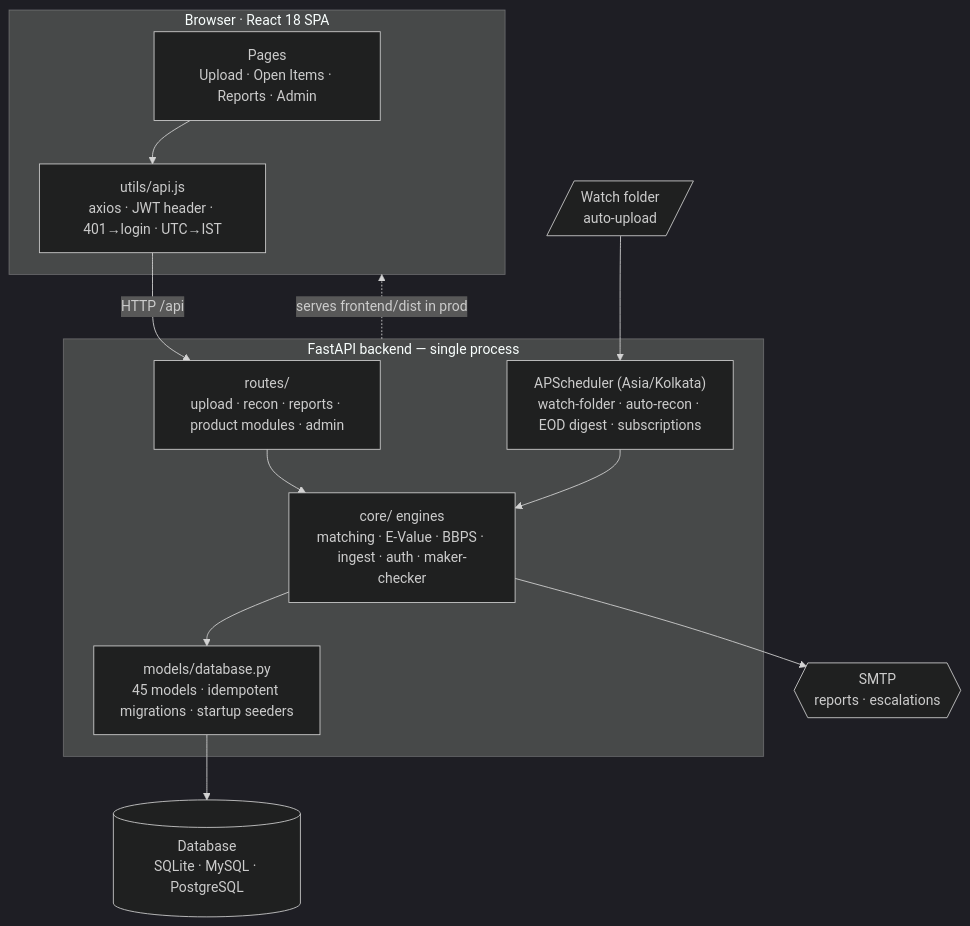
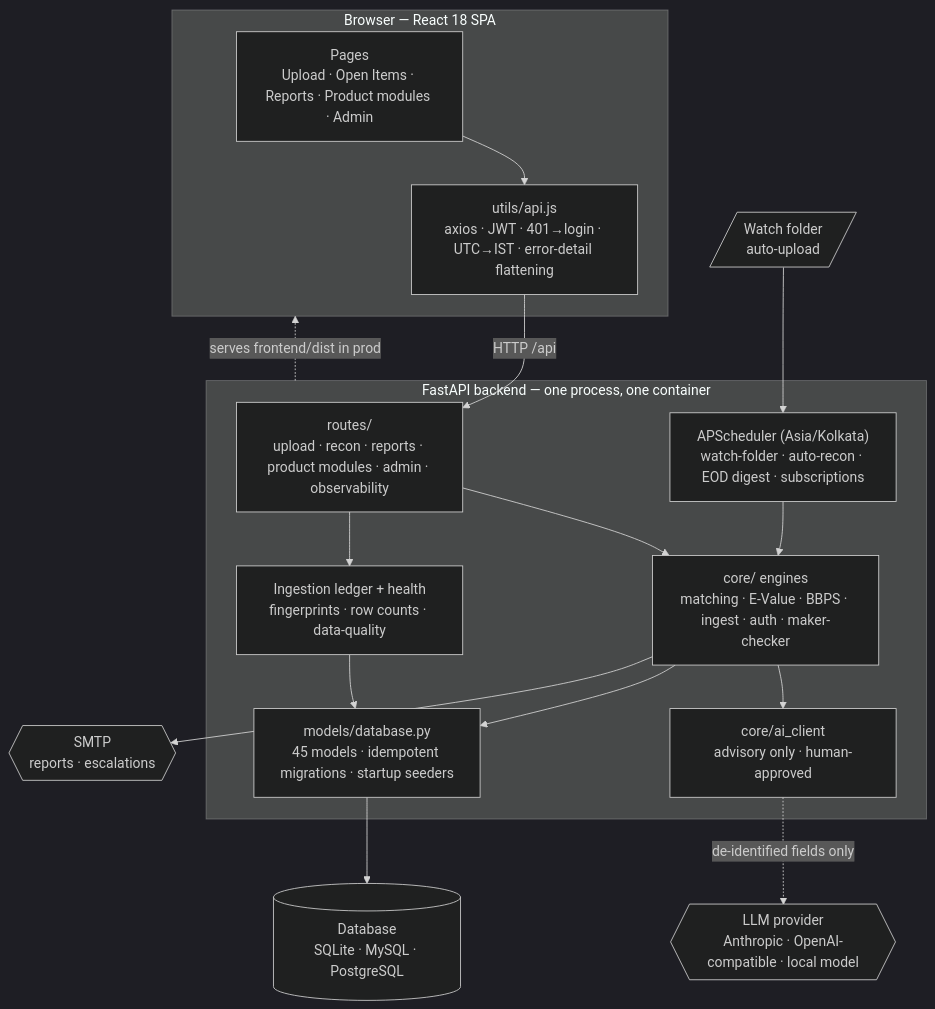
Before and after one commit to ekoindia/reconciliation-app: the first of 3 diagrams in README.md, drawn with Mermaid (dark theme). The commit also changed other lines of this file, not shown here.

First line of the commit message:
docs(readme): refresh architecture diagram + add recon-pipeline and status-lifecycle diagrams

````diff
--- a/README.md
+++ b/README.md
@@ -87,28 +87,35 @@
 ```mermaid
 flowchart TB
-    subgraph client["Browser · React 18 SPA"]
-        pages["Pages<br/>Upload · Open Items · Reports · Admin"]
-        apijs["utils/api.js<br/>axios · JWT header · 401→login · UTC→IST"]
+    subgraph client["Browser — React 18 SPA"]
+        pages["Pages<br/>Upload · Open Items · Reports · Product modules · Admin"]
+        apijs["utils/api.js<br/>axios · JWT · 401→login · UTC→IST · error-detail flattening"]
     end
 
-    subgraph backend["FastAPI backend — single process"]
-        routes["routes/<br/>upload · recon · reports · product modules · admin"]
+    subgraph backend["FastAPI backend — one process, one container"]
+        routes["routes/<br/>upload · recon · reports · product modules · admin · observability"]
         core["core/ engines<br/>matching · E-Value · BBPS · ingest · auth · maker-checker"]
+        ai["core/ai_client<br/>advisory only · human-approved"]
         sched["APScheduler (Asia/Kolkata)<br/>watch-folder · auto-recon · EOD digest · subscriptions"]
+        obs["Ingestion ledger + health<br/>fingerprints · row counts · data-quality"]
         models["models/database.py<br/>45 models · idempotent migrations · startup seeders"]
     end
 
     db[("Database<br/>SQLite · MySQL · PostgreSQL")]
     watch[/"Watch folder<br/>auto-upload"/]
     smtp{{"SMTP<br/>reports · escalations"}}
+    llm{{"LLM provider<br/>Anthropic · OpenAI-compatible · local model"}}
 
     pages --> apijs
     apijs -->|"HTTP /api"| routes
     routes --> core
+    routes --> obs
+    core --> ai
+    ai -.->|"de-identified fields only"| llm
     core --> models
+    obs --> models
     models --> db
     watch --> sched
     sched --> core
     core --> smtp
     backend -.->|"serves frontend/dist in prod"| client
 ```
````
